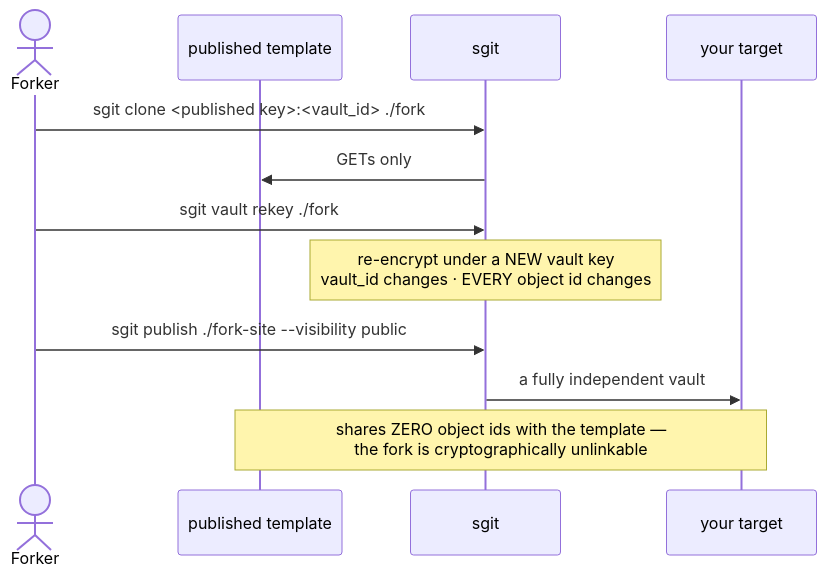
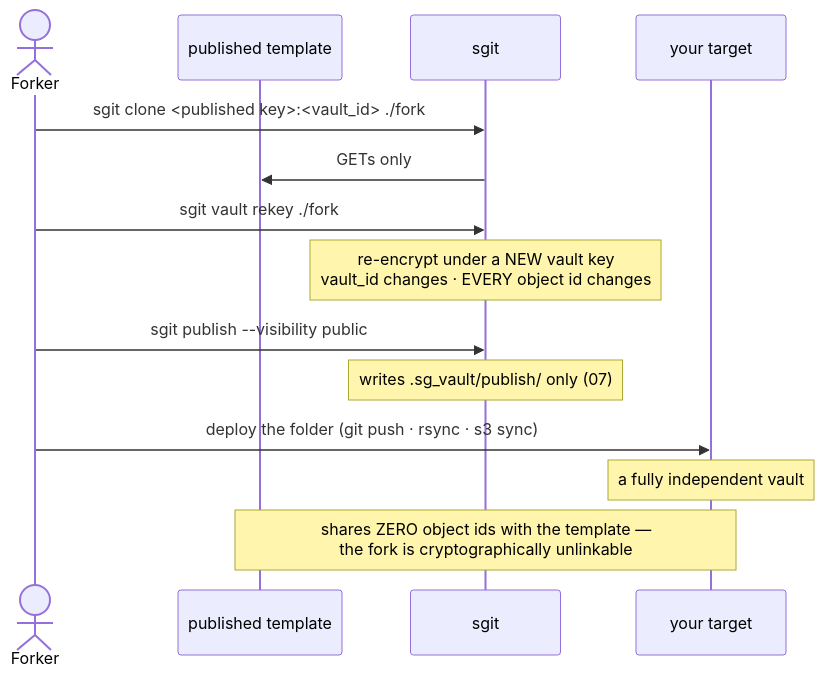
The fourth of 5 diagrams in packs/static-publishing/src/03__flows.md (SGit-AI/SGit-AI__Website__NHI), drawn with Mermaid before and after one commit. The commit also changed 84 other files, not shown here.

````diff
--- a/packs/static-publishing/src/03__flows.md
+++ b/packs/static-publishing/src/03__flows.md
@@ -73,15 +73,17 @@
 ```mermaid
 sequenceDiagram
   actor U as Forker
   participant Src as published template
   participant CLI as sgit
   participant Dst as your target
 
   U->>CLI: sgit clone <published key>:<vault_id> ./fork
   CLI->>Src: GETs only
   U->>CLI: sgit vault rekey ./fork
   Note over CLI: re-encrypt under a NEW vault key<br/>vault_id changes · EVERY object id changes
-  U->>CLI: sgit publish ./fork-site --visibility public
-  CLI->>Dst: a fully independent vault
+  U->>CLI: sgit publish --visibility public
+  Note over CLI: writes .sg_vault/publish/ only (07)
+  U->>Dst: deploy the folder (git push · rsync · s3 sync)
+  Note over Dst: a fully independent vault
   Note over Dst,Src: shares ZERO object ids with the template —<br/>the fork is cryptographically unlinkable
 ```
````
